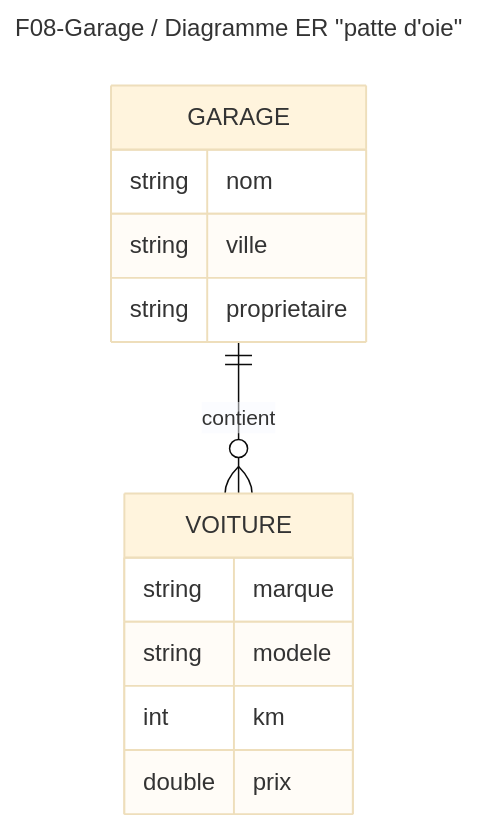
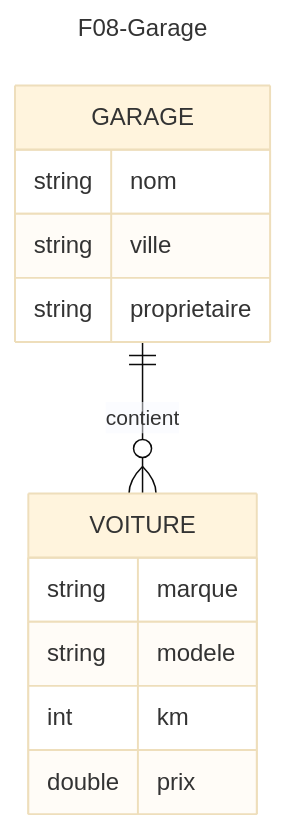
Before and after one commit to emf-info-d400/F08-Garage: the first of 3 diagrams in UML-F08-Garage.md, drawn with Mermaid (base theme). The commit also changed other lines of this file, not shown here.

````diff
--- a/UML-F08-Garage.md
+++ b/UML-F08-Garage.md
@@ -2,18 +2,18 @@
 ```mermaid
 ---
-title: F08-Garage / Diagramme ER "patte d'oie"
+title: F08-Garage
 ---
 erDiagram
     GARAGE ||--o{ VOITURE : contient
     GARAGE {
         string nom
         string ville
         string proprietaire
     }
     VOITURE {
         string marque
         string modele
         int km
         double prix
     }
 ```
````
